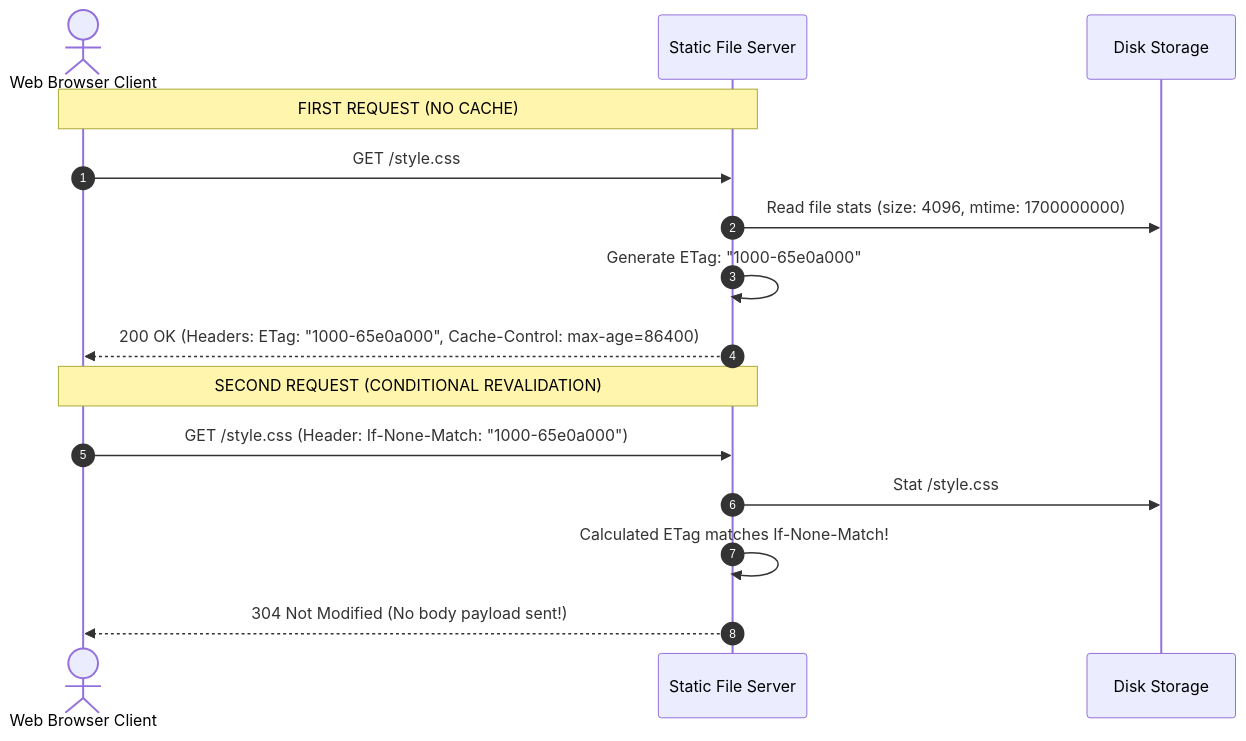
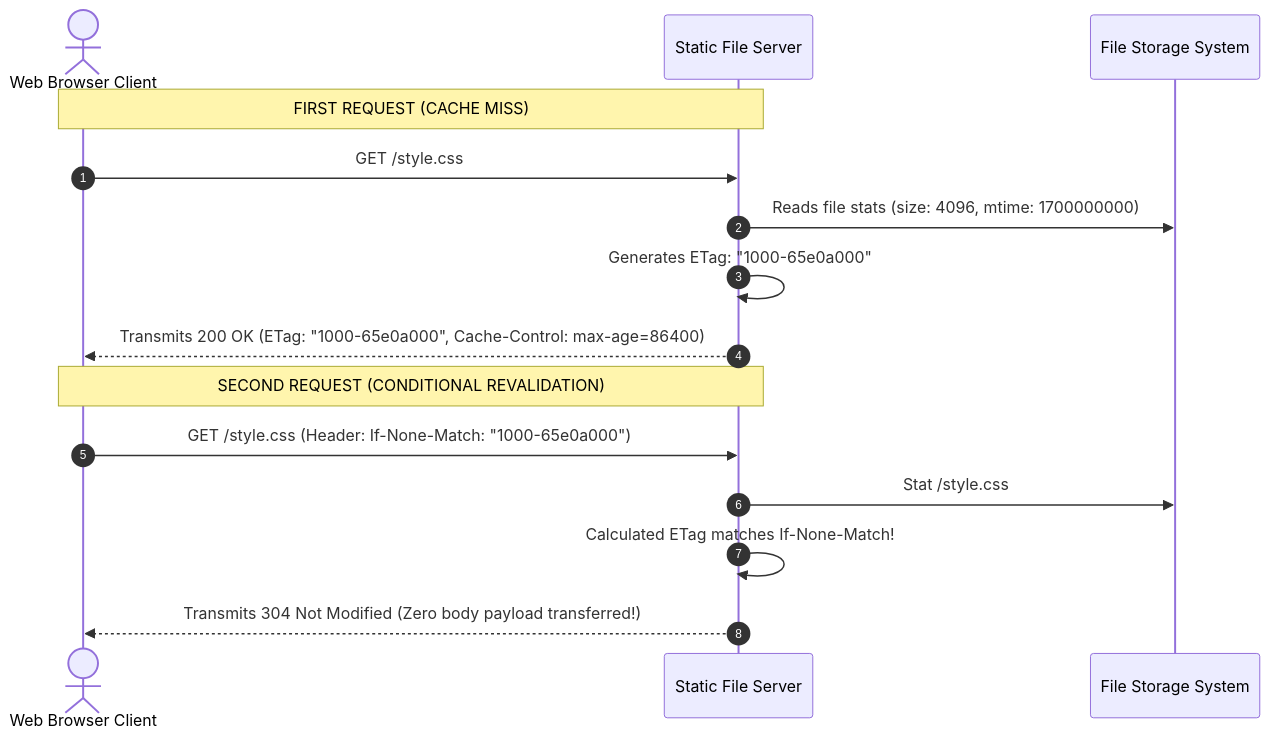
The second of 2 diagrams in nodejs-notes/30-project-static-file-server.md (Amie-dev/engineering-playbook), drawn with Mermaid before and after one commit. The commit also changed other lines of this file and 31 other files, not shown here.

````diff
--- a/nodejs-notes/30-project-static-file-server.md
+++ b/nodejs-notes/30-project-static-file-server.md
@@ -42,19 +48,19 @@
 ```mermaid
 sequenceDiagram
     autonumber
     actor Browser as Web Browser Client
     participant Server as Static File Server
-    participant Disk as Disk Storage
+    participant Disk as File Storage System
 
-    Note over Browser,Server: FIRST REQUEST (NO CACHE)
+    note over Browser,Server: FIRST REQUEST (CACHE MISS)
     Browser->>Server: GET /style.css
-    Server->>Disk: Read file stats (size: 4096, mtime: 1700000000)
-    Server->>Server: Generate ETag: "1000-65e0a000"
-    Server-->>Browser: 200 OK (Headers: ETag: "1000-65e0a000", Cache-Control: max-age=86400)
+    Server->>Disk: Reads file stats (size: 4096, mtime: 1700000000)
+    Server->>Server: Generates ETag: "1000-65e0a000"
+    Server-->>Browser: Transmits 200 OK (ETag: "1000-65e0a000", Cache-Control: max-age=86400)
 
-    Note over Browser,Server: SECOND REQUEST (CONDITIONAL REVALIDATION)
+    note over Browser,Server: SECOND REQUEST (CONDITIONAL REVALIDATION)
     Browser->>Server: GET /style.css (Header: If-None-Match: "1000-65e0a000")
     Server->>Disk: Stat /style.css
     Server->>Server: Calculated ETag matches If-None-Match!
-    Server-->>Browser: 304 Not Modified (No body payload sent!)
+    Server-->>Browser: Transmits 304 Not Modified (Zero body payload transferred!)
 ```
````
